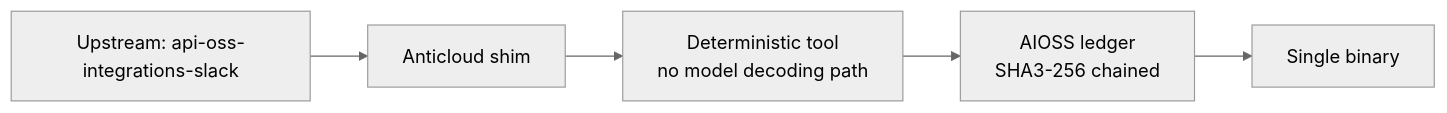
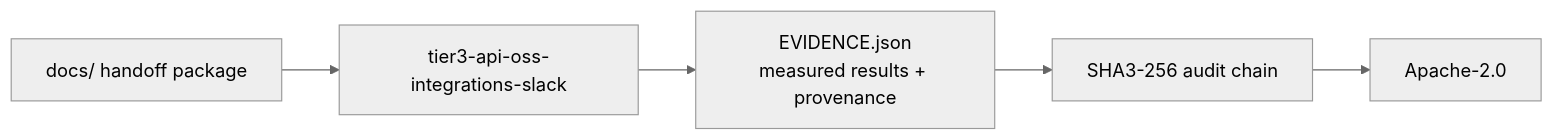
The diagram in README.md (the-anticloud/tier3-api-oss-integrations-slack), drawn with Mermaid (neutral theme) before and after one commit. The commit also changed other lines of this file and 10 other files, not shown here.

````diff
--- a/README.md
+++ b/README.md
@@ -11,7 +22,7 @@
 ```mermaid
 graph LR
-    U[Upstream: api-oss-integrations-slack] --> S[Anticloud shim]
-    S --> T[Deterministic tool<br/>no model decoding path]
-    T --> A[AIOSS ledger<br/>SHA3-256 chained]
-    A --> B[Single binary]
+    D[docs/ handoff package] --> R[tier3-api-oss-integrations-slack]
+    R --> E[EVIDENCE.json\nmeasured results + provenance]
+    E --> A[SHA3-256 audit chain]
+    A --> L[Apache-2.0]
 ```
````
